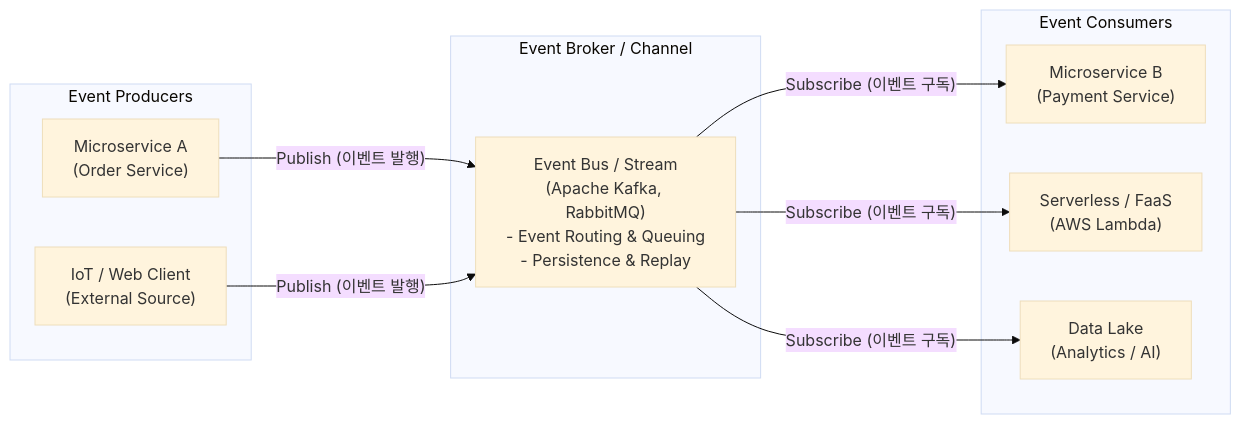
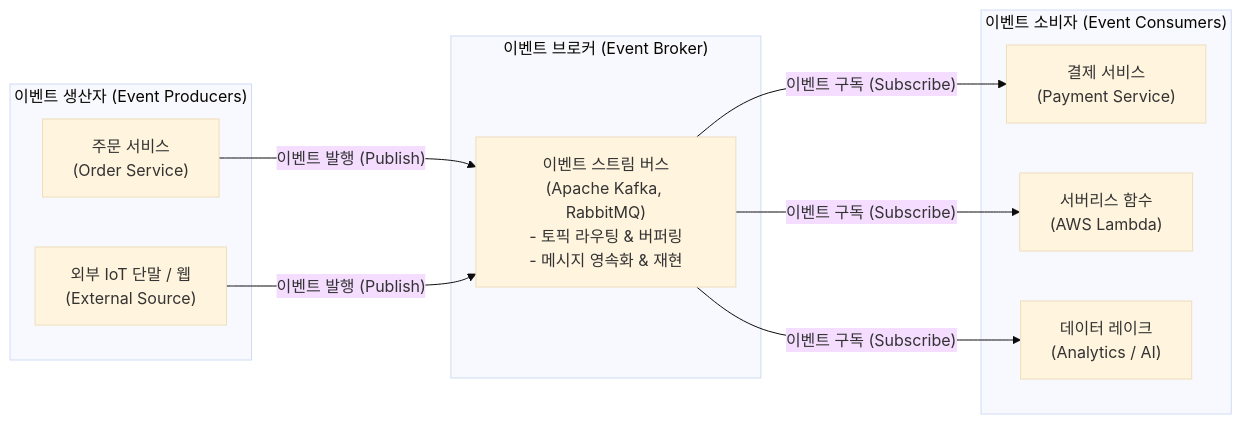
Before and after one commit to supremethumb/supremethumb.github.io: the diagram in content/01_IT Tech/EDA.md, drawn with Mermaid (base theme). The commit also changed other lines of this file and 362 other files, not shown here.

````diff
--- a/content/01_IT Tech/EDA.md
+++ b/content/01_IT Tech/EDA.md
@@ -31,23 +31,23 @@
 ```mermaid
 flowchart LR
-    subgraph Producer["Event Producers"]
-        P1["Microservice A<br/>(Order Service)"]
-        P2["IoT / Web Client<br/>(External Source)"]
+    subgraph Producer["이벤트 생산자 (Event Producers)"]
+        P1["주문 서비스<br/>(Order Service)"]
+        P2["외부 IoT 단말 / 웹<br/>(External Source)"]
     end
 
-    subgraph Broker["Event Broker / Channel"]
-        EB["Event Bus / Stream<br/>(Apache Kafka, RabbitMQ)<br/>- Event Routing & Queuing<br/>- Persistence & Replay"]
+    subgraph Broker["이벤트 브로커 (Event Broker)"]
+        EB["이벤트 스트림 버스<br/>(Apache Kafka, RabbitMQ)<br/>- 토픽 라우팅 & 버퍼링<br/>- 메시지 영속화 & 재현"]
     end
 
-    subgraph Consumer["Event Consumers"]
-        C1["Microservice B<br/>(Payment Service)"]
-        C2["Serverless / FaaS<br/>(AWS Lambda)"]
-        C3["Data Lake<br/>(Analytics / AI)"]
+    subgraph Consumer["이벤트 소비자 (Event Consumers)"]
+        C1["결제 서비스<br/>(Payment Service)"]
+        C2["서버리스 함수<br/>(AWS Lambda)"]
+        C3["데이터 레이크<br/>(Analytics / AI)"]
     end
 
-    P1 -- "Publish (이벤트 발행)" --> EB
-    P2 -- "Publish (이벤트 발행)" --> EB
-    EB -- "Subscribe (이벤트 구독)" --> C1
-    EB -- "Subscribe (이벤트 구독)" --> C2
-    EB -- "Subscribe (이벤트 구독)" --> C3
+    P1 -- "이벤트 발행 (Publish)" --> EB
+    P2 -- "이벤트 발행 (Publish)" --> EB
+    EB -- "이벤트 구독 (Subscribe)" --> C1
+    EB -- "이벤트 구독 (Subscribe)" --> C2
+    EB -- "이벤트 구독 (Subscribe)" --> C3
 ```
````
